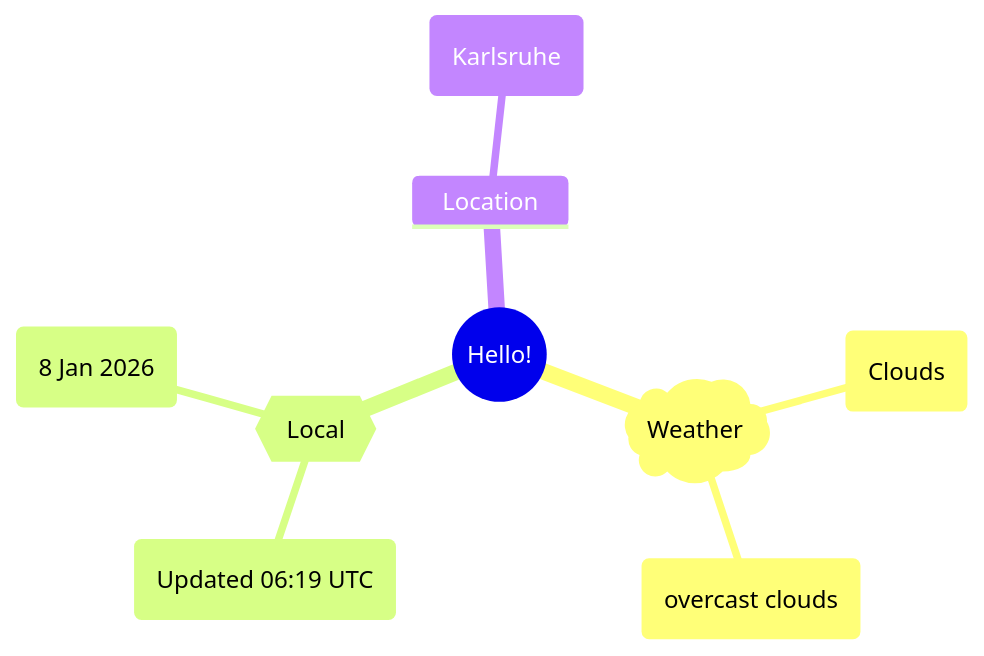
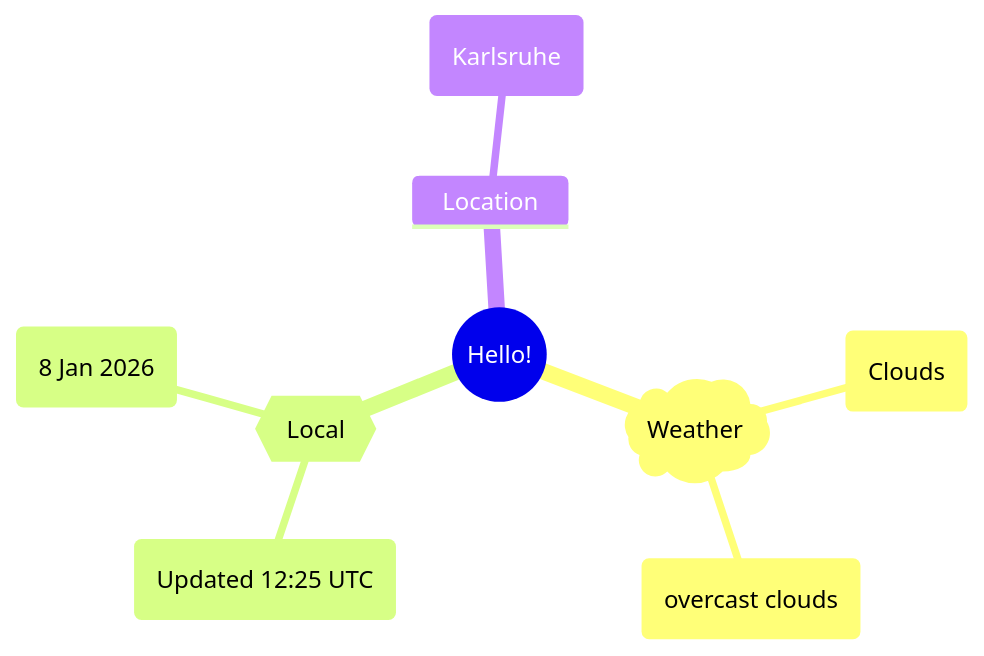
Before and after one commit to Xosrov/Xosrov: the first of 2 diagrams in README.md, drawn with Mermaid.

Commit message:
[bot] updated images

````diff
--- a/README.md
+++ b/README.md
@@ -3,12 +3,12 @@
 ```mermaid
 mindmap
   root((Hello!))
     )Weather(
         (Clouds)
         (overcast clouds)
     {{Local}}
-        (Updated 06:19 UTC)
+        (Updated 12:25 UTC)
         (8 Jan 2026)
     Location
         (Karlsruhe)
 ```
````
